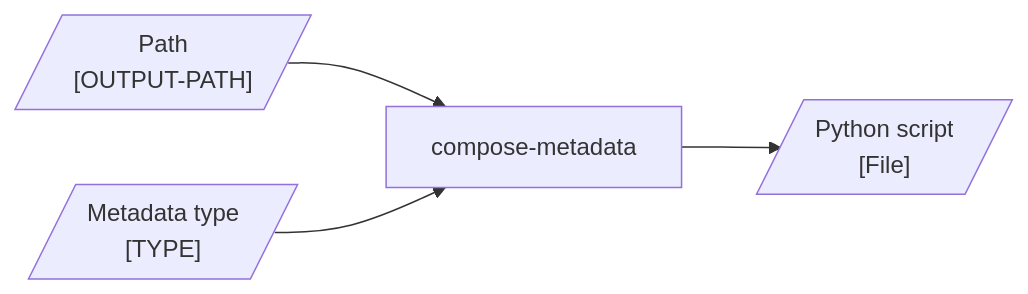
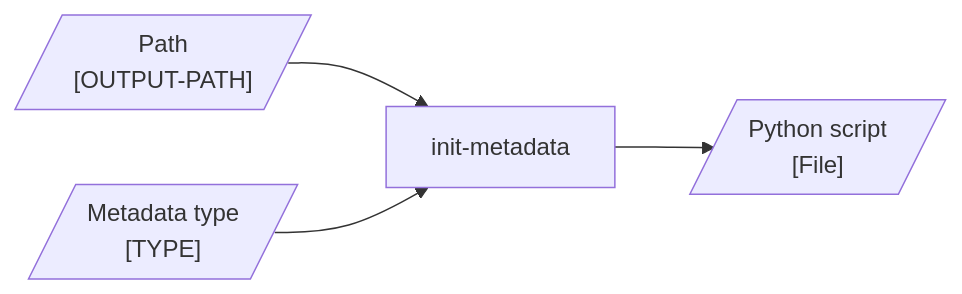
The second of 2 diagrams in docs/design/interface/cli.qmd (seedcase-project/seedcase-sprout), drawn with Mermaid before and after one commit. The commit also changed other lines of this file and 1 other file, not shown here.

````diff
--- a/docs/design/interface/cli.qmd
+++ b/docs/design/interface/cli.qmd
@@ -81,18 +89,18 @@
 ```{mermaid}
-%%| label: fig-cli-compose-metadata-flow
-%%| fig-cap: "The flow of input and output through the CLI `compose-metadata` command."
+%%| label: fig-cli-init-metadata-flow
+%%| fig-cap: "The flow of input and output through the CLI `init-metadata` command."
 %%| fig-alt: >-
 %%|   Diagram showing the flow of input and output through the CLI
-%%|   `compose-metadata` command. The user provides an output path to where the
+%%|   `init-metadata` command. The user provides an output path to where the
 %%|   file should be created, as well as the type of metadata to create.
 
 flowchart LR
     output_path[/"Path<br>[OUTPUT-PATH]"/]
     type[/"Metadata type<br>[TYPE]"/]
-    compose["compose-metadata"]
+    init["init-metadata"]
     output[/"Python script<br>[File]"/]
 
-    output_path --> compose
-    type --> compose
-    compose --> output
+    output_path --> init
+    type --> init
+    init --> output
 ```
````
